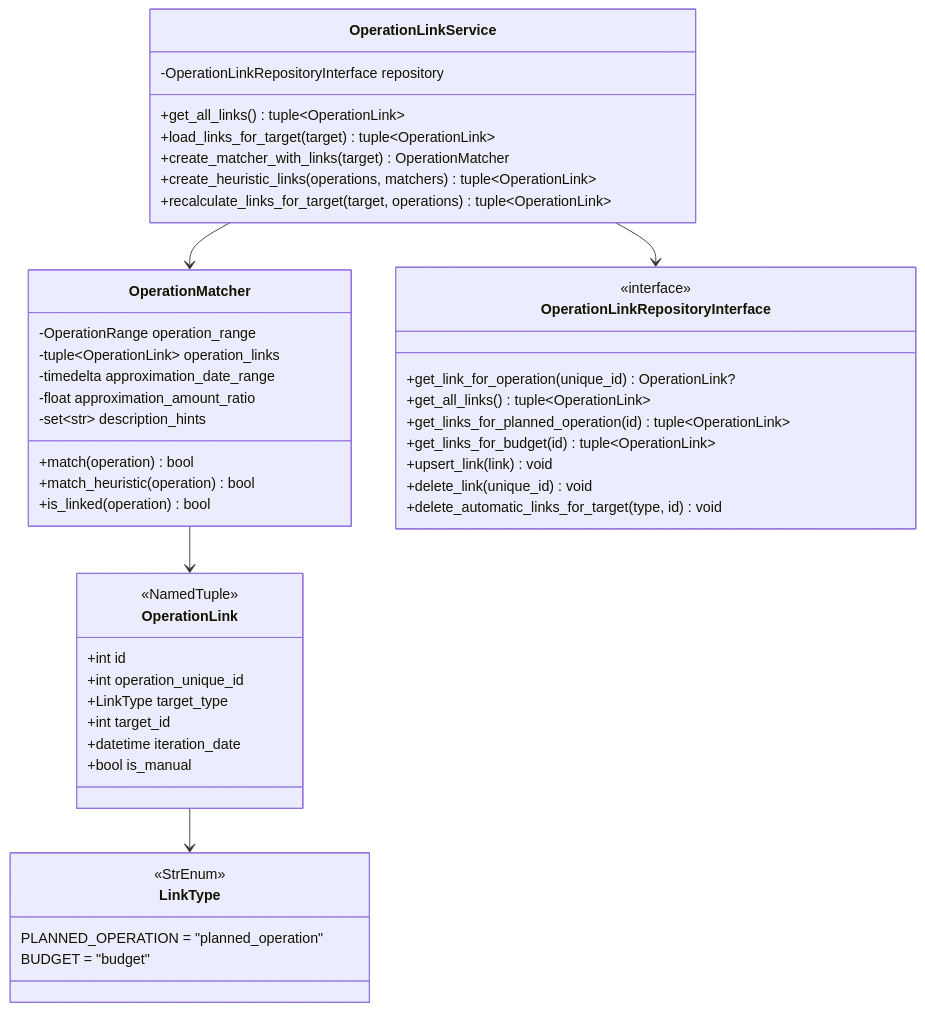
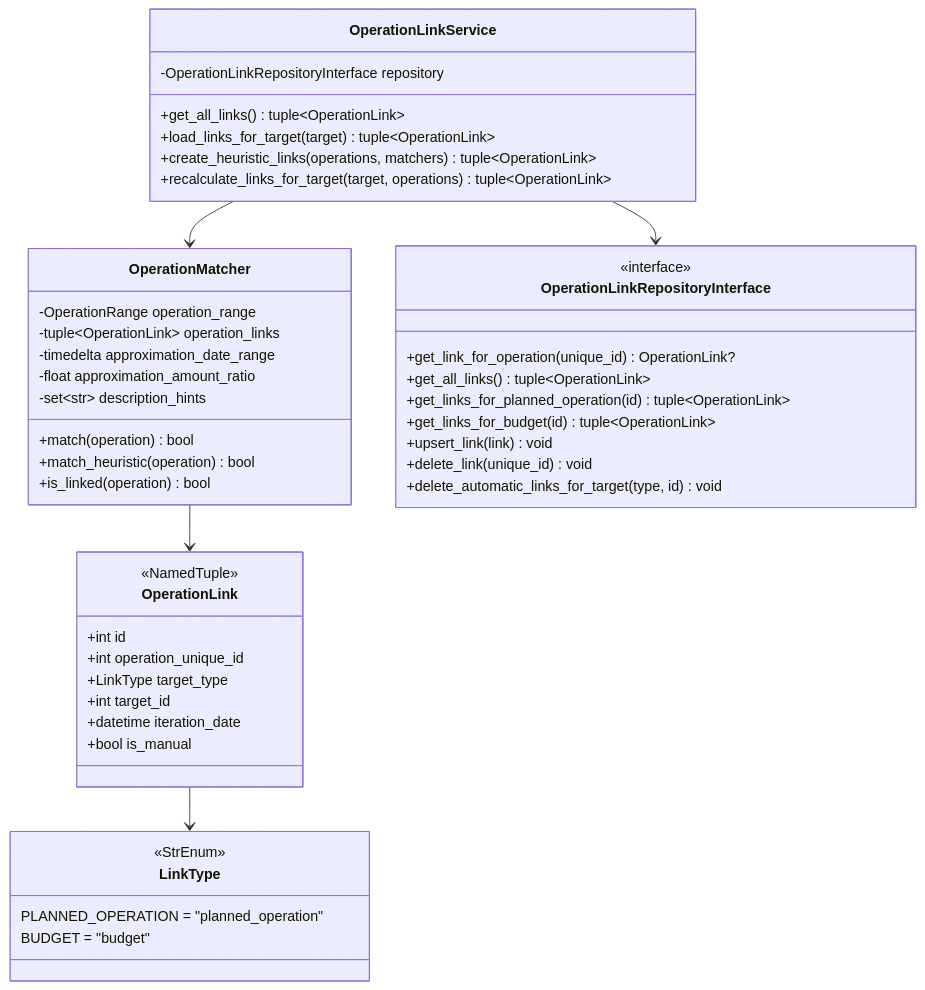
Before and after one commit to corentin-core/budget-forecaster: the second of 8 diagrams in docs/dev/operation-links.md, drawn with Mermaid. The commit also changed other lines of this file and 2 other files, not shown here.

Commit message:
refactor: remove unused create_matcher_with_links method

````diff
--- a/docs/dev/operation-links.md
+++ b/docs/dev/operation-links.md
@@ -63,54 +63,53 @@
 ```mermaid
 classDiagram
     class LinkType {
         <<StrEnum>>
         PLANNED_OPERATION = "planned_operation"
         BUDGET = "budget"
     }
 
     class OperationLink {
         <<NamedTuple>>
         +int id
         +int operation_unique_id
         +LinkType target_type
         +int target_id
         +datetime iteration_date
         +bool is_manual
     }
 
     class OperationMatcher {
         -OperationRange operation_range
         -tuple~OperationLink~ operation_links
         -timedelta approximation_date_range
         -float approximation_amount_ratio
         -set~str~ description_hints
         +match(operation) bool
         +match_heuristic(operation) bool
         +is_linked(operation) bool
     }
 
     class OperationLinkService {
         -OperationLinkRepositoryInterface repository
         +get_all_links() tuple~OperationLink~
         +load_links_for_target(target) tuple~OperationLink~
-        +create_matcher_with_links(target) OperationMatcher
         +create_heuristic_links(operations, matchers) tuple~OperationLink~
         +recalculate_links_for_target(target, operations) tuple~OperationLink~
     }
 
     class OperationLinkRepositoryInterface {
         <<interface>>
         +get_link_for_operation(unique_id) OperationLink?
         +get_all_links() tuple~OperationLink~
         +get_links_for_planned_operation(id) tuple~OperationLink~
         +get_links_for_budget(id) tuple~OperationLink~
         +upsert_link(link) void
         +delete_link(unique_id) void
         +delete_automatic_links_for_target(type, id) void
     }
 
     OperationLink --> LinkType
     OperationMatcher --> OperationLink
     OperationLinkService --> OperationLinkRepositoryInterface
     OperationLinkService --> OperationMatcher
 ```
````
